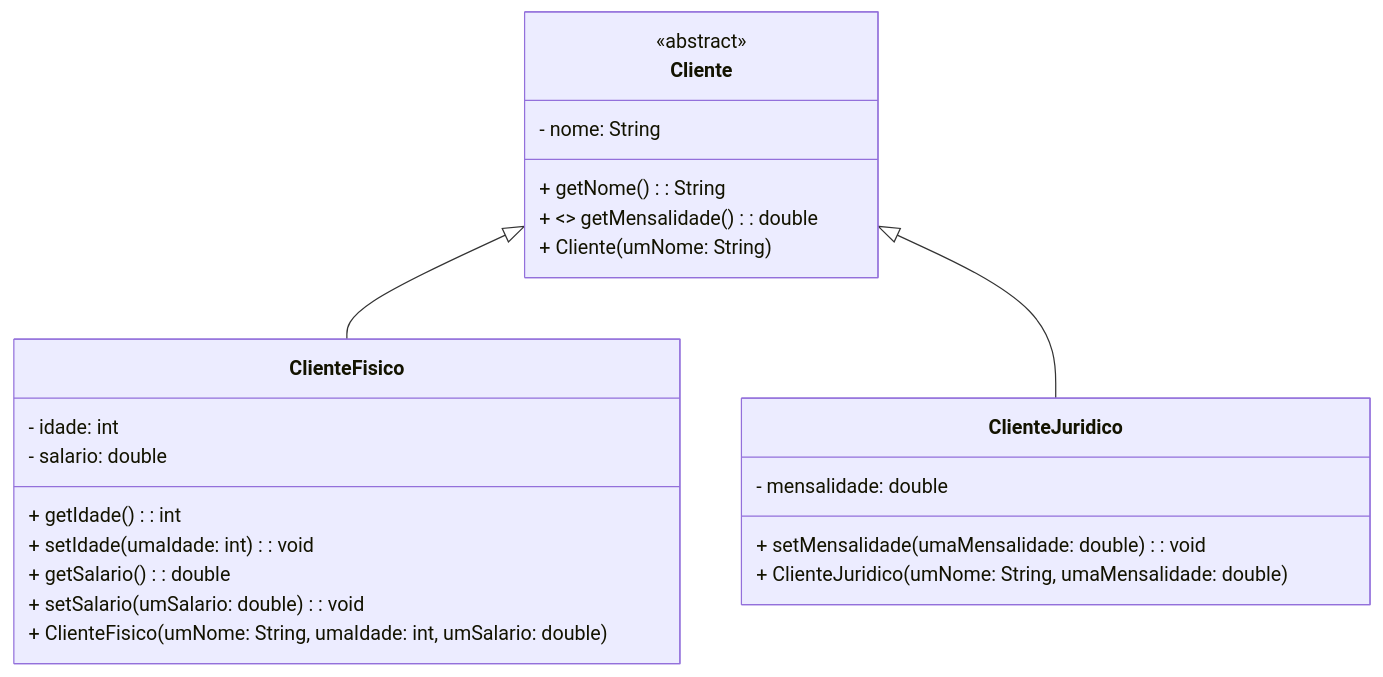
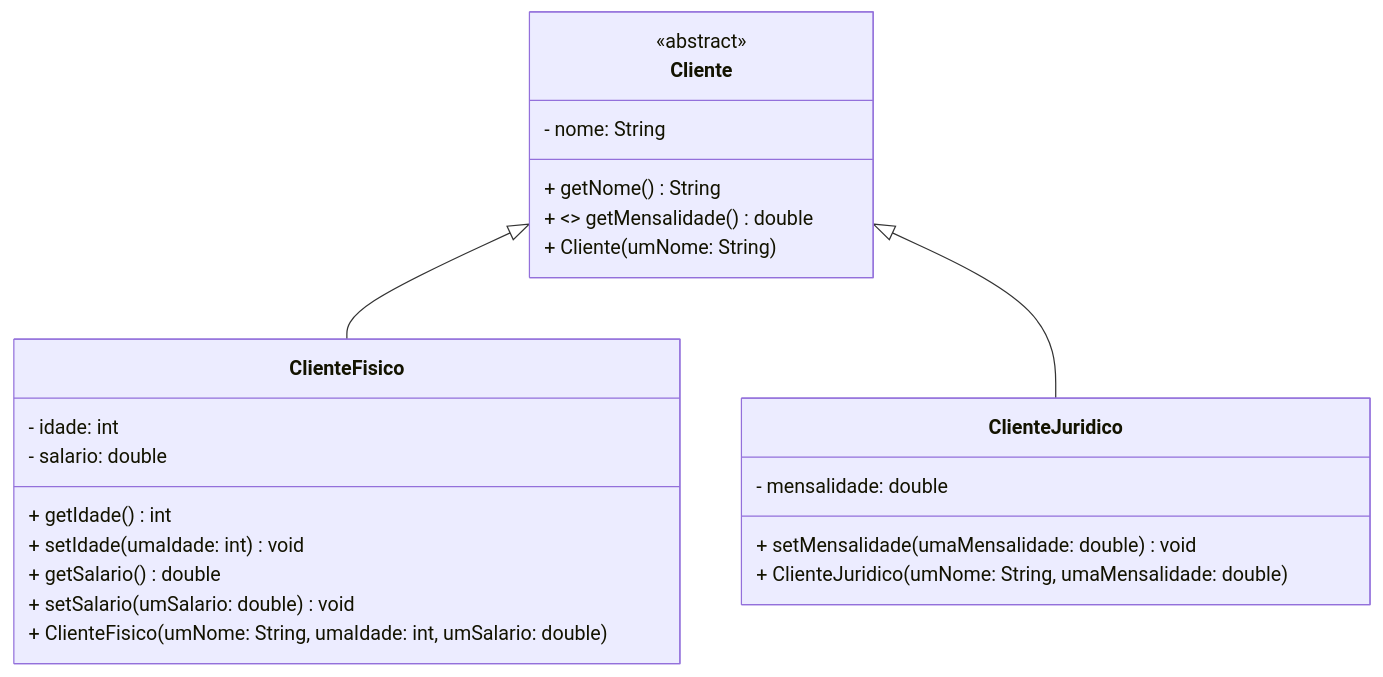
The second of 2 diagrams in README.md (anacagliari/dbstart-front-lab3), drawn with Mermaid before and after one commit. The commit also changed other lines of this file, not shown here.

````diff
--- a/README.md
+++ b/README.md
@@ -45,29 +45,29 @@
 ```mermaid
 classDiagram
     class Cliente {
         <<abstract>>
         - nome: String
-        + getNome(): String
-        + <<abstract>> getMensalidade(): double
+        + getNome() String
+        + <<abstract>> getMensalidade() double
         + Cliente(umNome: String)
     }
     
     class ClienteFisico {
         - idade: int
         - salario: double
-        + getIdade(): int
-        + setIdade(umaIdade: int): void
-        + getSalario(): double
-        + setSalario(umSalario: double): void
+        + getIdade() int
+        + setIdade(umaIdade: int) void
+        + getSalario() double
+        + setSalario(umSalario: double) void
         + ClienteFisico(umNome: String, umaIdade: int, umSalario: double)
     }
     
     class ClienteJuridico {
         - mensalidade: double
-        + setMensalidade(umaMensalidade: double): void
+        + setMensalidade(umaMensalidade: double) void
         + ClienteJuridico(umNome: String, umaMensalidade: double)
     }
     
     Cliente <|-- ClienteFisico
     Cliente <|-- ClienteJuridico
 ```
````
